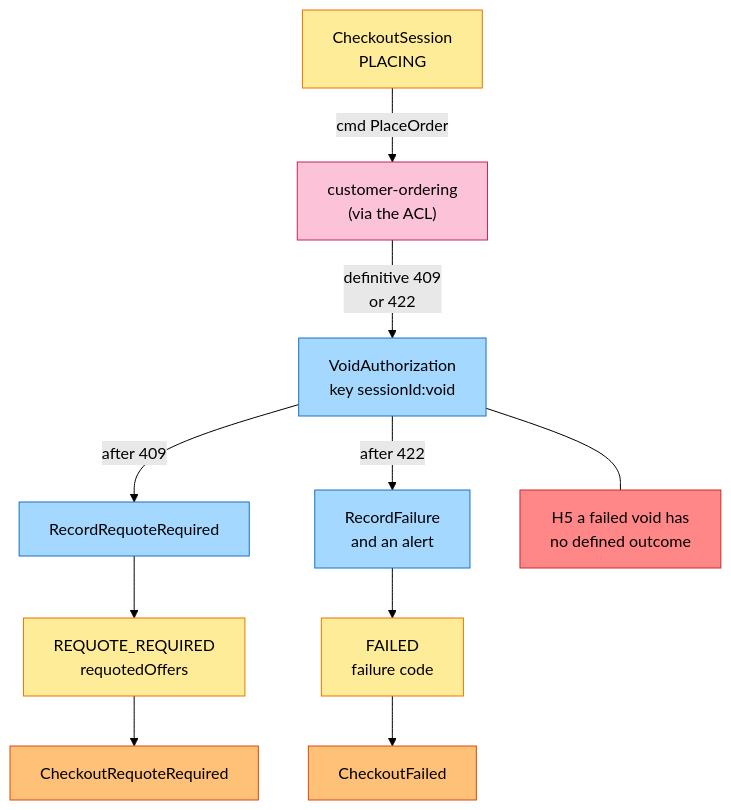
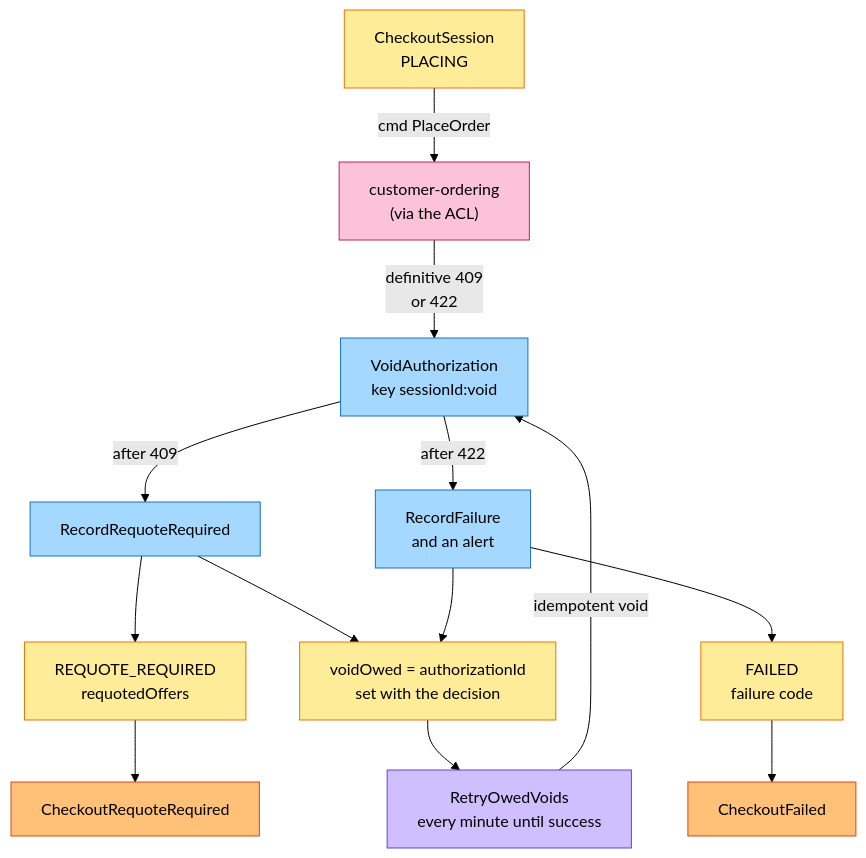
The fourth of 6 diagrams in storefront/docs/contexts/checkout/eventstorming.md (IQVO/warehouse-docs), drawn with Mermaid (forest theme) before and after one commit. The commit also changed other lines of this file and 11 other files, not shown here.

````diff
--- a/storefront/docs/contexts/checkout/eventstorming.md
+++ b/storefront/docs/contexts/checkout/eventstorming.md
@@ -166,31 +179,34 @@
 ```mermaid
 flowchart TB
     PL["CheckoutSession<br/>PLACING"]:::aggregate
     CO["customer-ordering<br/>(via the ACL)"]:::external
     V["VoidAuthorization<br/>key sessionId:void"]:::command
     C5["RecordRequoteRequired"]:::command
     G4["REQUOTE_REQUIRED<br/>requotedOffers"]:::aggregate
     E3["CheckoutRequoteRequired"]:::event
     C6["RecordFailure<br/>and an alert"]:::command
     G5["FAILED<br/>failure code"]:::aggregate
     E4["CheckoutFailed"]:::event
-    H5["H5 a failed void has<br/>no defined outcome"]:::hotspot
+    OW["voidOwed = authorizationId<br/>set with the decision"]:::aggregate
+    P4["RetryOwedVoids<br/>every minute until success"]:::policy
 
     PL -->|"cmd PlaceOrder"| CO
     CO -->|"definitive 409<br/>or 422"| V
     V -->|"after 409"| C5
     V -->|"after 422"| C6
     C5 --> G4
     G4 --> E3
     C6 --> G5
     G5 --> E4
-    V --- H5
+    C5 --> OW
+    C6 --> OW
+    OW --> P4
+    P4 -->|"idempotent void"| V
 
     classDef actor fill:#fff59d,stroke:#b59f00,color:#000
     classDef command fill:#a5d8ff,stroke:#1971c2,color:#000
     classDef aggregate fill:#ffec99,stroke:#e67700,color:#000
     classDef event fill:#ffc078,stroke:#d9480f,color:#000
     classDef policy fill:#d0bfff,stroke:#6741d9,color:#000
     classDef external fill:#fcc2d7,stroke:#c2255c,color:#000
-    classDef hotspot fill:#ff8787,stroke:#c92a2a,color:#000
 ```
````
